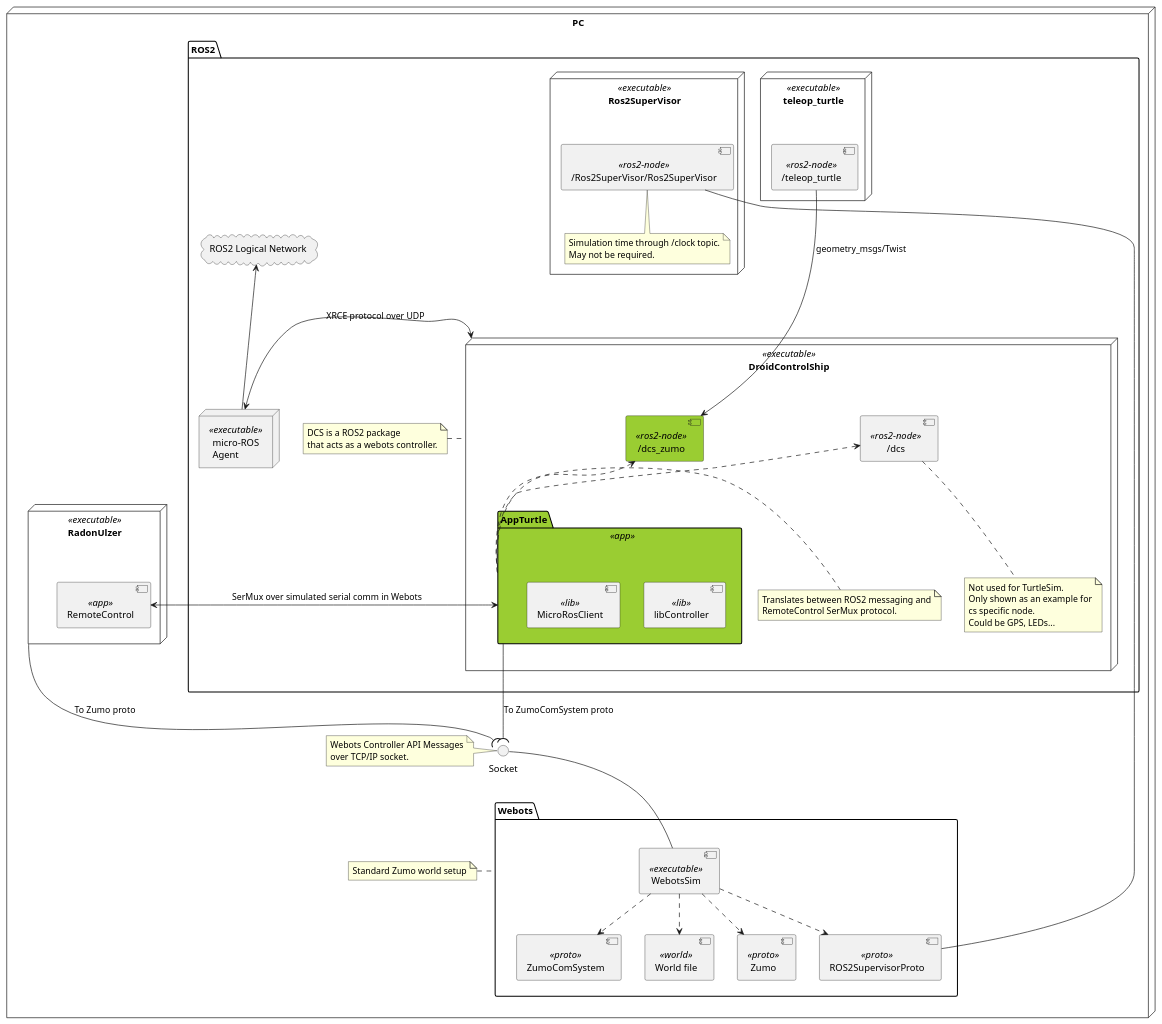
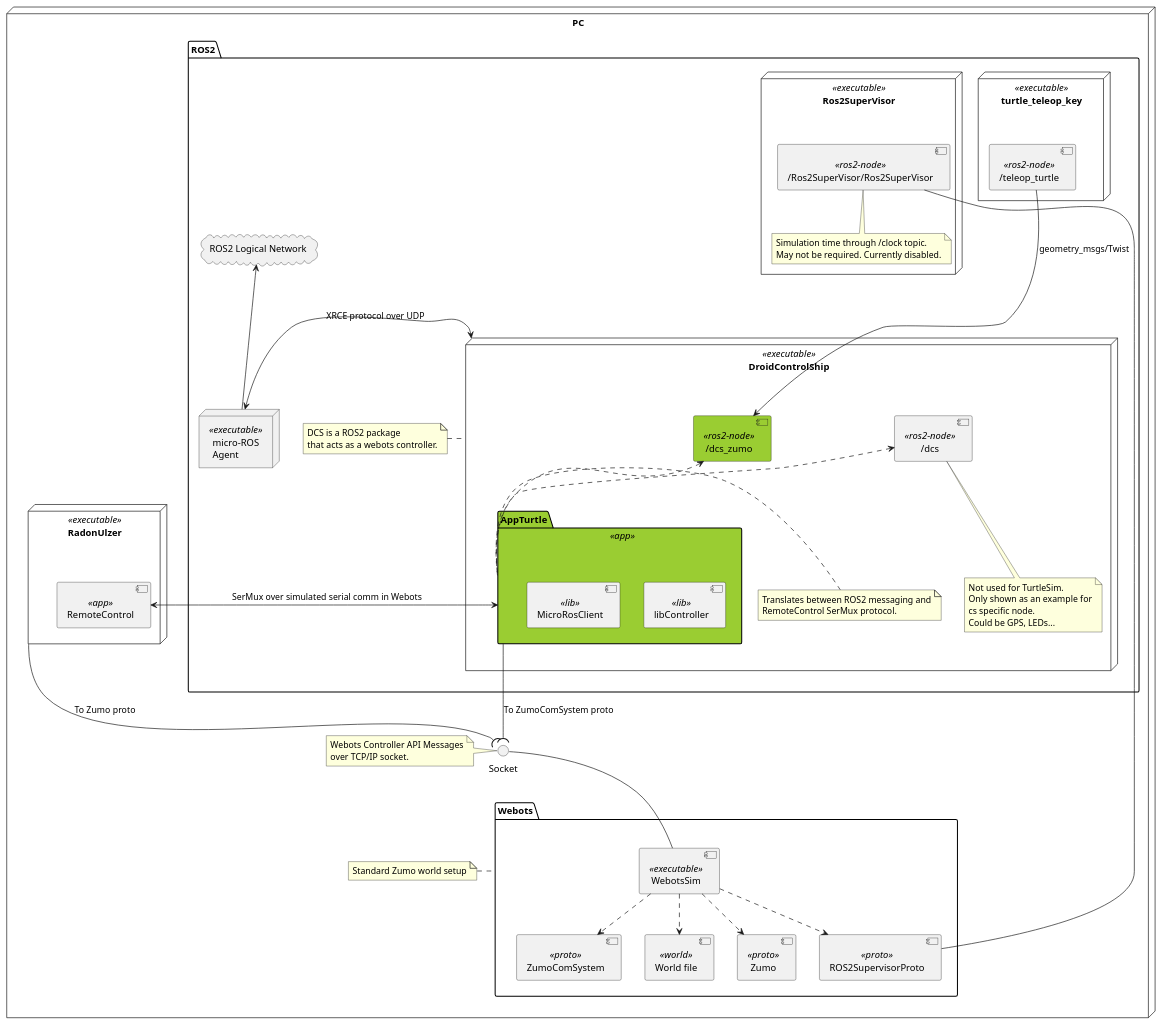
One commit to BlueAndi/DroidControlShip changed the diagram in doc/ROS2/uml/turtle_sim_webots.plantuml. Above: the diagram before and after it, drawn with PlantUML. The commit also changed 17 other files, not shown here.

```diff
--- a/doc/ROS2/uml/turtle_sim_webots.plantuml
+++ b/doc/ROS2/uml/turtle_sim_webots.plantuml
@@ -1,89 +1,89 @@
 @startuml TurtleSim for DCS
 
 node "PC" {
     package "Webots" {
         component "WebotsSim" <<executable>> as wbsim
         component "World file" <<world>> as world
         component "Zumo"  <<proto>> as wbZumoProto
         component "ZumoComSystem"  <<proto>> as wbDcsProto
         component "ROS2SupervisorProto" <<proto>> as wbRos2Proto
 
         wbsim ..> world
         wbsim ..> wbZumoProto
         wbsim ..> wbDcsProto
         wbsim ..> wbRos2Proto
     }
     note left of Webots
         Standard Zumo world setup
     end note
 
     package "ROS2" {
         cloud "ROS2 Logical Network" as ros2LogicalNetwork
 
-        node "teleop_turtle" <<executable>> as teleopTurtle {
+        node "turtle_teleop_key" <<executable>> as teleopTurtle {
             component "/teleop_turtle" <<ros2-node>> as teleopTurtleNode
         }
 
         node "Ros2SuperVisor" <<executable>> as wbSupervisorApp {
             component "/Ros2SuperVisor/Ros2SuperVisor" <<ros2-node>> as ros2SupervisorNode
             note bottom of ros2SupervisorNode
                 Simulation time through /clock topic.
-                May not be required.
+                May not be required. Currently disabled.
             end note
         }
 
         node "DroidControlShip" <<executable>> as dcs {
             package "AppTurtle" <<app>> as turtleApp #YellowGreen {
                 component "libController" <<lib>>
                 component "MicroRosClient" <<lib>>
             }
             note left of turtleApp
                 Translates between ROS2 messaging and
                 RemoteControl SerMux protocol.
             end note
 
             component "/dcs" <<ros2-node>> as dcsNode
             note bottom of dcsNode
                 Not used for TurtleSim.
                 Only shown as an example for
                 cs specific node.
                 Could be GPS, LEDs...
             end note
 
             component "/dcs_zumo" <<ros2-node>> as dcs_zumo_node #YellowGreen
         }
         note left of dcs
             DCS is a ROS2 package
             that acts as a webots controller.
         end note
 
         node "micro-ROS\nAgent" <<executable>> as uRosAgent
 
         turtleApp .u.> dcsNode
         turtleApp .u.> dcs_zumo_node
 
         teleopTurtleNode ---> dcs_zumo_node : geometry_msgs/Twist
 
         uRosAgent -u-> ros2LogicalNetwork
         dcs <-> uRosAgent : \n\nXRCE protocol over UDP
     }
 
     node "RadonUlzer" <<executable>> as radonUlzer {
         component "RemoteControl" <<app>> as radonUlzerRcApp
     }
 
     interface Socket as iSocket
     note left of iSocket
         Webots Controller API Messages
         over TCP/IP socket.
     end note
 
     wbsim -u-() iSocket
     turtleApp --( iSocket : To ZumoComSystem proto
     radonUlzer --( iSocket : To Zumo proto
 
     turtleApp <-> radonUlzerRcApp : SerMux over simulated serial comm in Webots
 
     wbRos2Proto ---- ros2SupervisorNode
 
 @enduml
```
